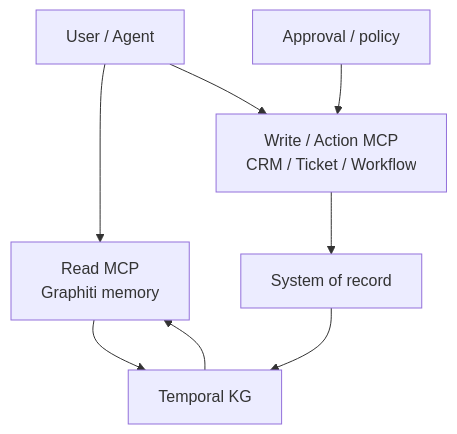
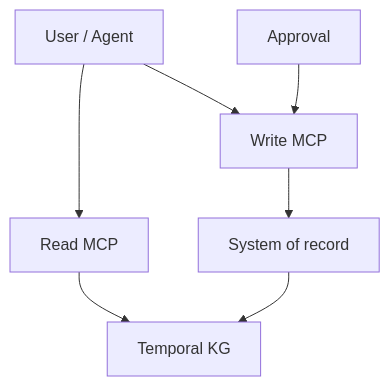
The fourth of 5 diagrams in src/content/blog/graphiti-mcp-memory.mdx (daylight55/research), drawn with Mermaid before and after one commit. The commit also changed other lines of this file and 20 other files, not shown here.

Commit message:
Mermaid図の表示サイズを調整

````diff
--- a/src/content/blog/graphiti-mcp-memory.mdx
+++ b/src/content/blog/graphiti-mcp-memory.mdx
@@ -184,10 +181,9 @@
 ```mermaid
 flowchart TD
-  U["User / Agent"] --> R["Read MCP<br/>Graphiti memory"]
-  U --> W["Write / Action MCP<br/>CRM / Ticket / Workflow"]
+  U["User / Agent"] --> R["Read MCP"]
+  U --> W["Write MCP"]
   R --> KG["Temporal KG"]
   W --> SYS["System of record"]
   SYS --> KG
-  KG --> R
-  AP["Approval / policy"] --> W
+  AP["Approval"] --> W
 ```
````
